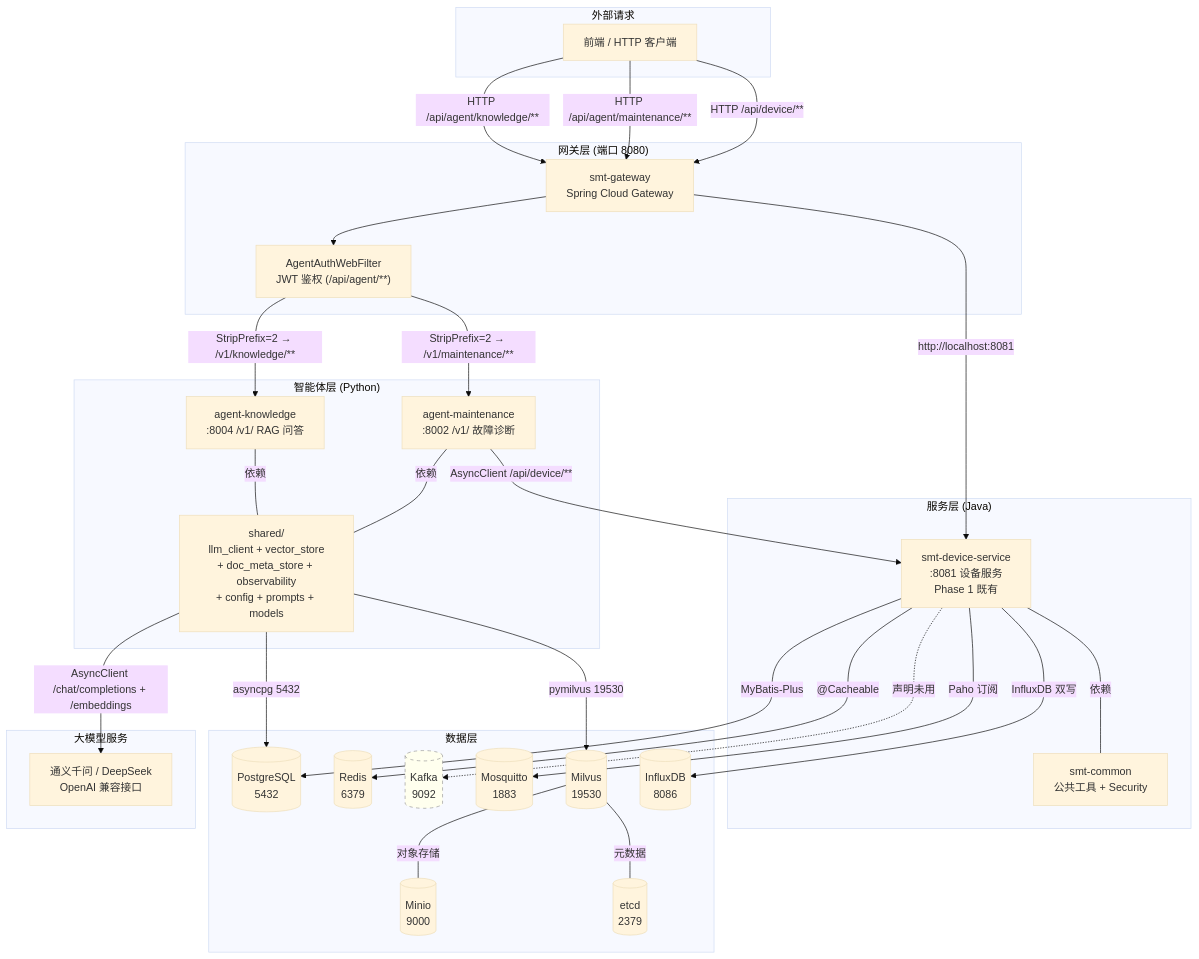
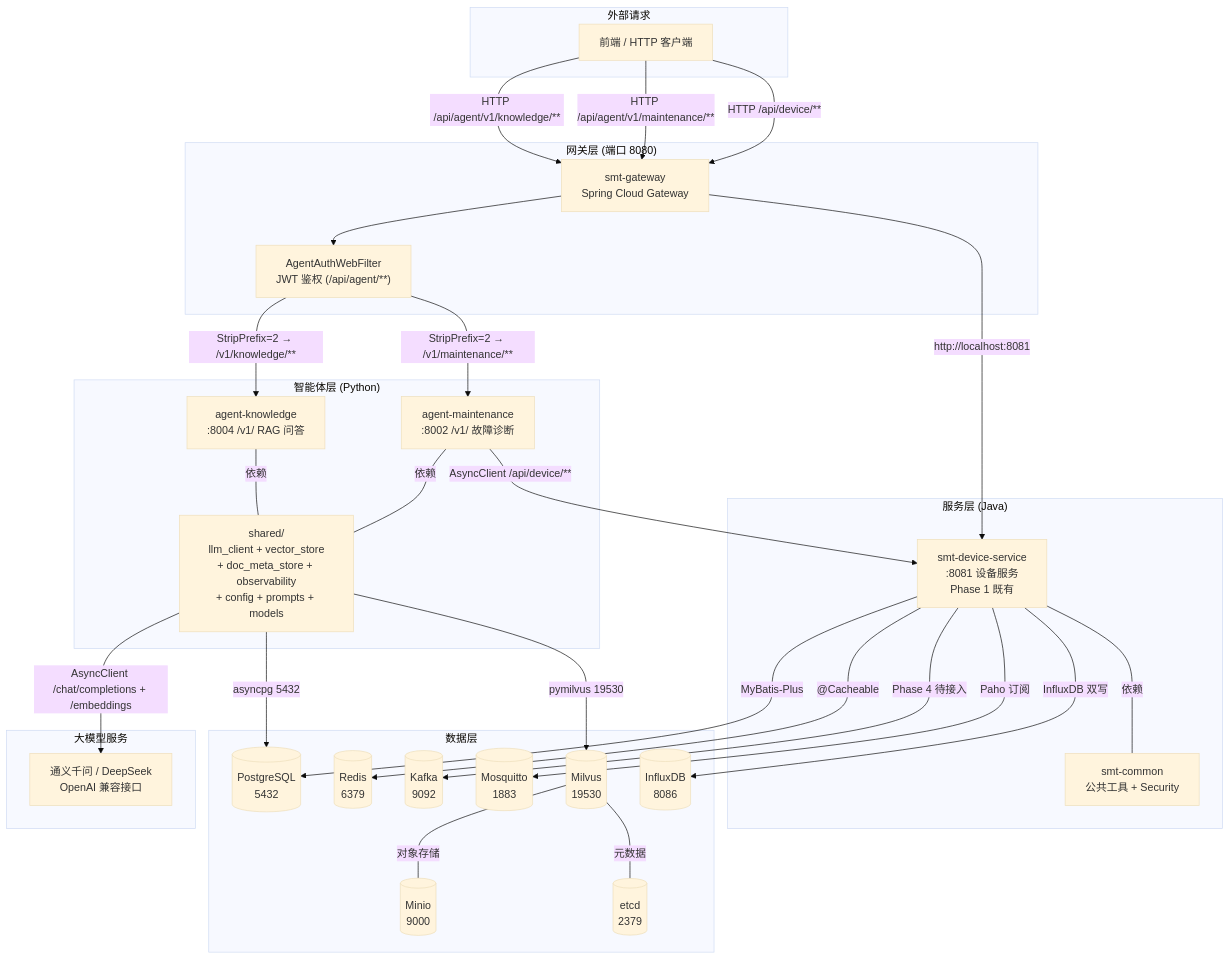
Before and after one commit to north30-dev/smt-agent-platform: the first of 8 diagrams in docs/explaination/project-explanation-phase2.md, drawn with Mermaid (base theme). The commit also changed other lines of this file and 46 other files, not shown here.

````diff
--- a/docs/explaination/project-explanation-phase2.md
+++ b/docs/explaination/project-explanation-phase2.md
@@ -121,65 +121,64 @@
 ```mermaid
 graph TB
     subgraph ExtReq["外部请求"]
         Client["前端 / HTTP 客户端"]
     end
 
     subgraph GatewayLayer["网关层 (端口 8080)"]
         GW["smt-gateway<br/>Spring Cloud Gateway"]
         AuthFilter["AgentAuthWebFilter<br/>JWT 鉴权 (/api/agent/**)"]
     end
 
     subgraph AgentLayer["智能体层 (Python)"]
         AK["agent-knowledge<br/>:8004 /v1/ RAG 问答"]
         AM["agent-maintenance<br/>:8002 /v1/ 故障诊断"]
         Shared["shared/<br/>llm_client + vector_store<br/>+ doc_meta_store + observability<br/>+ config + prompts + models"]
     end
 
     subgraph ServiceLayer["服务层 (Java)"]
         DS["smt-device-service<br/>:8081 设备服务<br/>Phase 1 既有"]
         Common["smt-common<br/>公共工具 + Security"]
     end
 
     subgraph DataLayer["数据层"]
         PG[("PostgreSQL<br/>5432")]
         Redis[("Redis<br/>6379")]
         Kafka[("Kafka<br/>9092")]
         MQTT[("Mosquitto<br/>1883")]
         Milvus[("Milvus<br/>19530")]
         Minio[("Minio<br/>9000")]
         Etcd[("etcd<br/>2379")]
         InfluxDB[("InfluxDB<br/>8086")]
     end
 
     subgraph LLMSvc["大模型服务"]
         LLM["通义千问 / DeepSeek<br/>OpenAI 兼容接口"]
     end
 
-    Client -->|"HTTP /api/agent/knowledge/**"| GW
-    Client -->|"HTTP /api/agent/maintenance/**"| GW
+    Client -->|"HTTP /api/agent/v1/knowledge/**"| GW
+    Client -->|"HTTP /api/agent/v1/maintenance/**"| GW
     Client -->|"HTTP /api/device/**"| GW
     GW --> AuthFilter
     AuthFilter -->|"StripPrefix=2 → /v1/knowledge/**"| AK
     AuthFilter -->|"StripPrefix=2 → /v1/maintenance/**"| AM
     GW -->|"http://localhost:8081"| DS
 
     AK ---|依赖| Shared
     AM ---|依赖| Shared
 
     Shared -->|"AsyncClient /chat/completions + /embeddings"| LLM
     Shared -->|"pymilvus 19530"| Milvus
     Shared -->|"asyncpg 5432"| PG
     AM -->|"AsyncClient /api/device/**"| DS
 
     DS ---|依赖| Common
     DS -->|"MyBatis-Plus"| PG
     DS -->|"Paho 订阅"| MQTT
     DS -->|"@Cacheable"| Redis
     DS -->|"InfluxDB 双写"| InfluxDB
-    DS -.->|"声明未用"| Kafka
+    DS -->|"Phase 4 待接入"| Kafka
 
     Milvus ---|元数据| Etcd
     Milvus ---|对象存储| Minio
 
-    style Kafka fill:#ffe,stroke:#999,stroke-dasharray: 5 5
 ```
````
